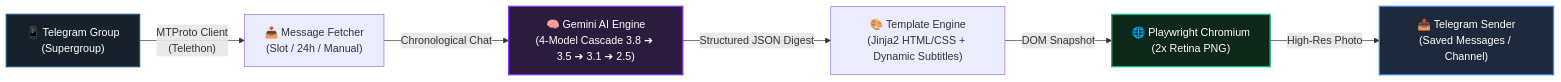
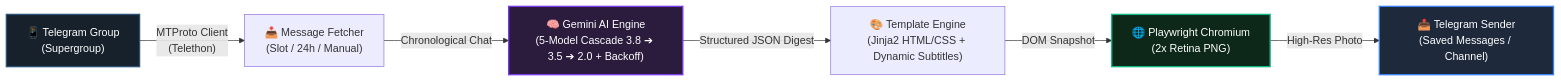
One commit to solari21/telegram-ai-summary-template changed the diagram in README.md. Above: the diagram before and after it, drawn with Mermaid. The commit also changed other lines of this file, not shown here.

Commit message:
docs: update 5-model cascade and exponential backoff retry in template README

````diff
--- a/README.md
+++ b/README.md
@@ -42,13 +42,13 @@
 ```mermaid
 flowchart LR
     A["📱 Telegram Group\n(Supergroup)"] -->|"MTProto Client\n(Telethon)"| B["📥 Message Fetcher\n(Slot / 24h / Manual)"]
-    B -->|"Chronological Chat"| C["🧠 Gemini AI Engine\n(4-Model Cascade 3.8 ➔ 3.5 ➔ 3.1 ➔ 2.5)"]
+    B -->|"Chronological Chat"| C["🧠 Gemini AI Engine\n(5-Model Cascade 3.8 ➔ 3.5 ➔ 2.0 + Backoff)"]
     C -->|"Structured JSON Digest"| D["🎨 Template Engine\n(Jinja2 HTML/CSS + Dynamic Subtitles)"]
     D -->|"DOM Snapshot"| E["🌐 Playwright Chromium\n(2x Retina PNG)"]
     E -->|"High-Res Photo"| F["📤 Telegram Sender\n(Saved Messages / Channel)"]
 
     style A fill:#17212b,stroke:#2b5278,stroke-width:2px,color:#fff
     style C fill:#2b1b3d,stroke:#7c3aed,stroke-width:2px,color:#fff
     style E fill:#0d2818,stroke:#10b981,stroke-width:2px,color:#fff
     style F fill:#1e293b,stroke:#3b82f6,stroke-width:2px,color:#fff
 ```
````
